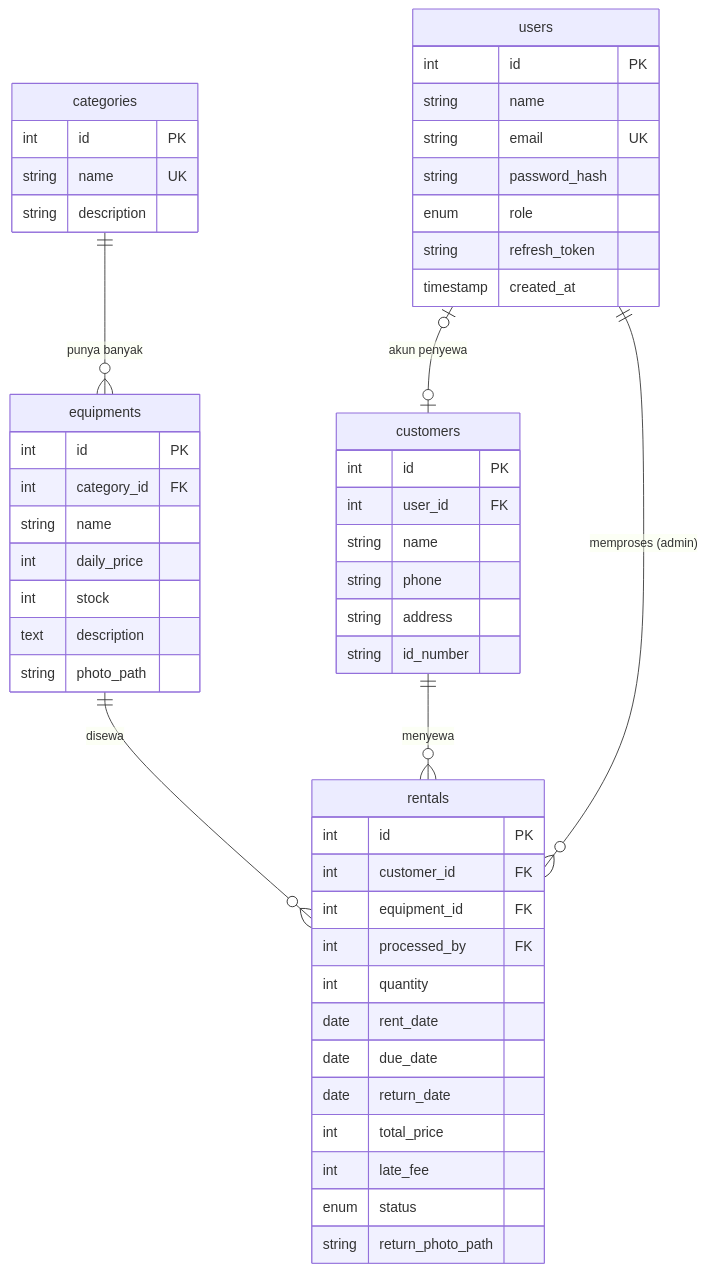
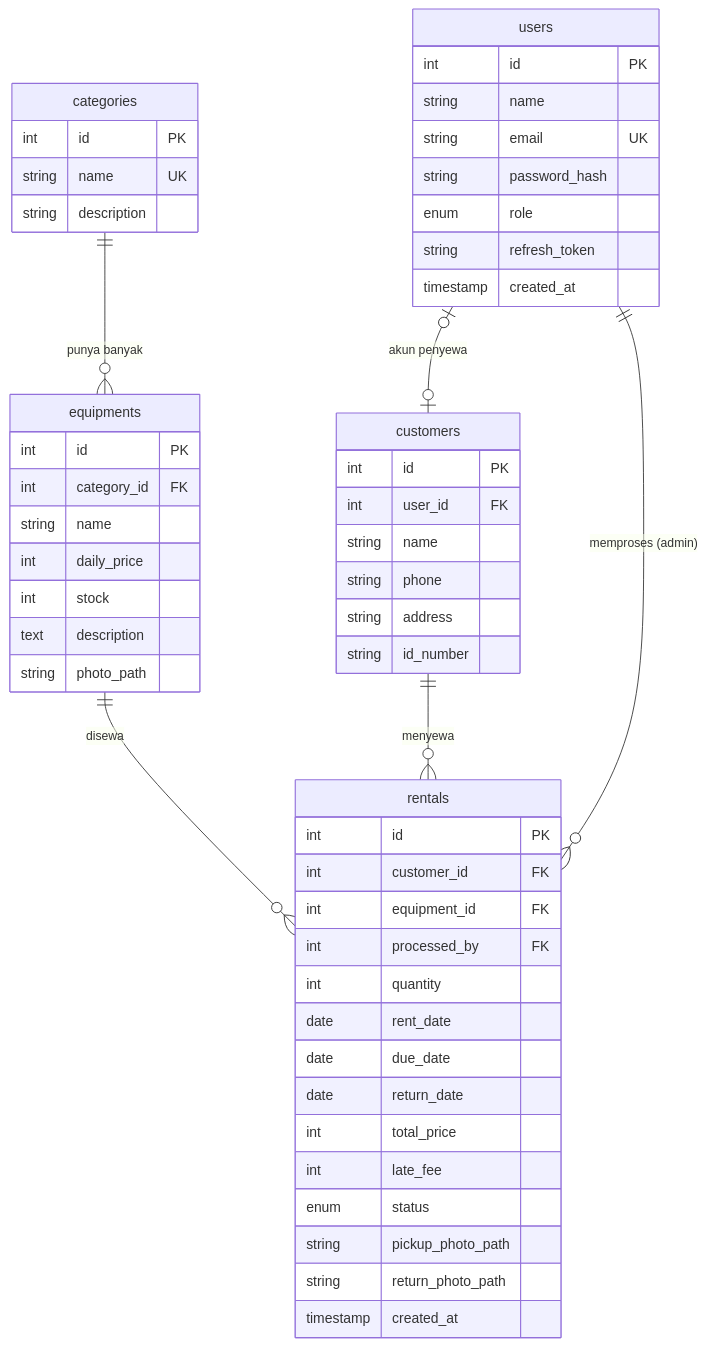
One commit to wpiskaa/0024_CampKu changed the diagram in README.md. Above: the diagram before and after it, drawn with Mermaid. The commit also changed other lines of this file and 26 other files, not shown here.

````diff
--- a/README.md
+++ b/README.md
@@ -85,14 +91,14 @@
 ```mermaid
 erDiagram
     categories ||--o{ equipments : "punya banyak"
     equipments ||--o{ rentals : "disewa"
     customers  ||--o{ rentals : "menyewa"
     users      ||--o{ rentals : "memproses (admin)"
     users      |o--o| customers : "akun penyewa"
 
     users { int id PK  string name  string email UK  string password_hash  enum role  string refresh_token  timestamp created_at }
     categories { int id PK  string name UK  string description }
     equipments { int id PK  int category_id FK  string name  int daily_price  int stock  text description  string photo_path }
     customers { int id PK  int user_id FK  string name  string phone  string address  string id_number }
-    rentals { int id PK  int customer_id FK  int equipment_id FK  int processed_by FK  int quantity  date rent_date  date due_date  date return_date  int total_price  int late_fee  enum status  string return_photo_path }
+    rentals { int id PK  int customer_id FK  int equipment_id FK  int processed_by FK  int quantity  date rent_date  date due_date  date return_date  int total_price  int late_fee  enum status  string pickup_photo_path  string return_photo_path  timestamp created_at }
 ```
````
